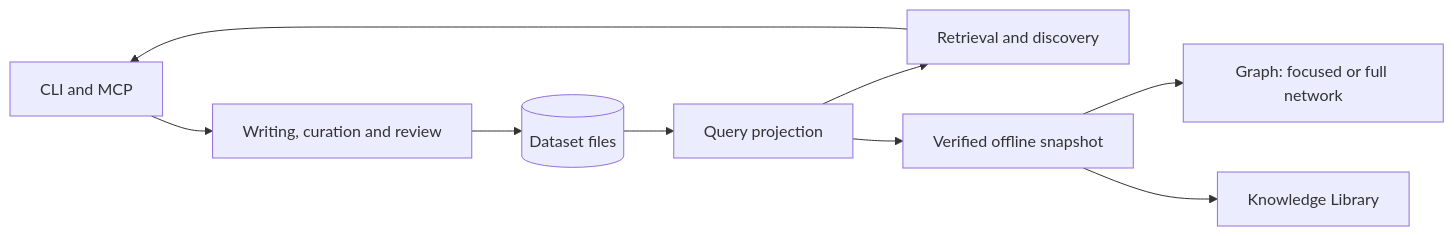
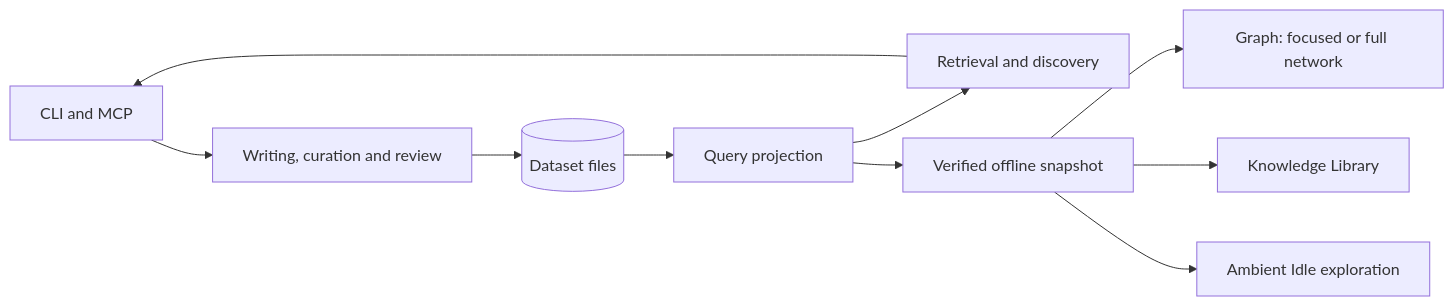
Before and after one commit to Iwan-Dyke/knot: the diagram in docs/architecture.md, drawn with Mermaid. The commit also changed other lines of this file and 5 other files, not shown here.

First line of the commit message:
docs(viewer): document cinematic Idle architecture and controls

````diff
--- a/docs/architecture.md
+++ b/docs/architecture.md
@@ -7,11 +7,12 @@
 ```mermaid
 flowchart LR
     CLI[CLI and MCP] --> W[Writing, curation and review]
     W --> D[(Dataset files)]
     D --> Q[Query projection]
     Q --> R[Retrieval and discovery]
     R --> CLI
     Q --> V[Verified offline snapshot]
     V --> G[Graph: focused or full network]
     V --> L[Knowledge Library]
+    V --> I[Ambient Idle exploration]
 ```
````
